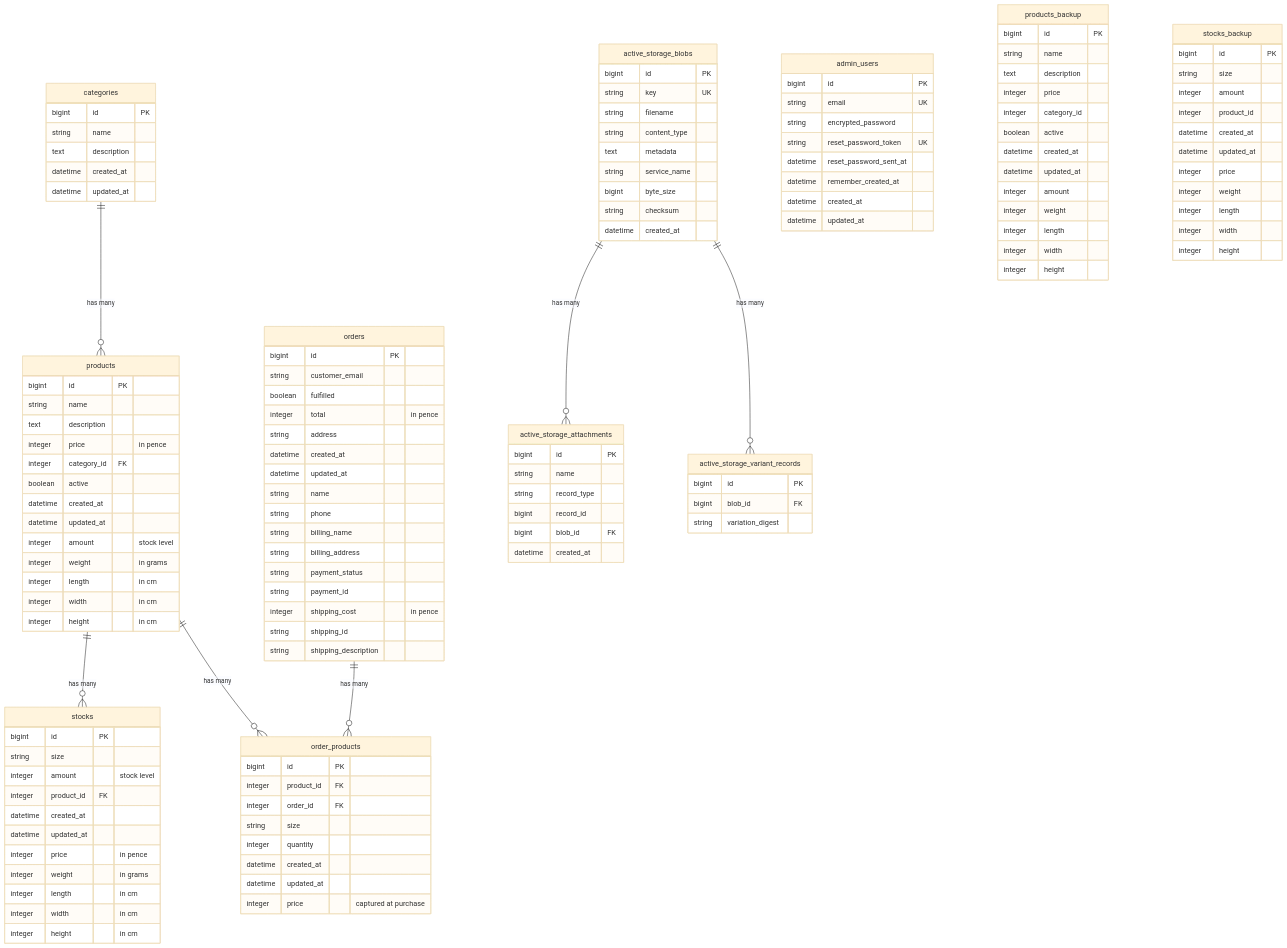
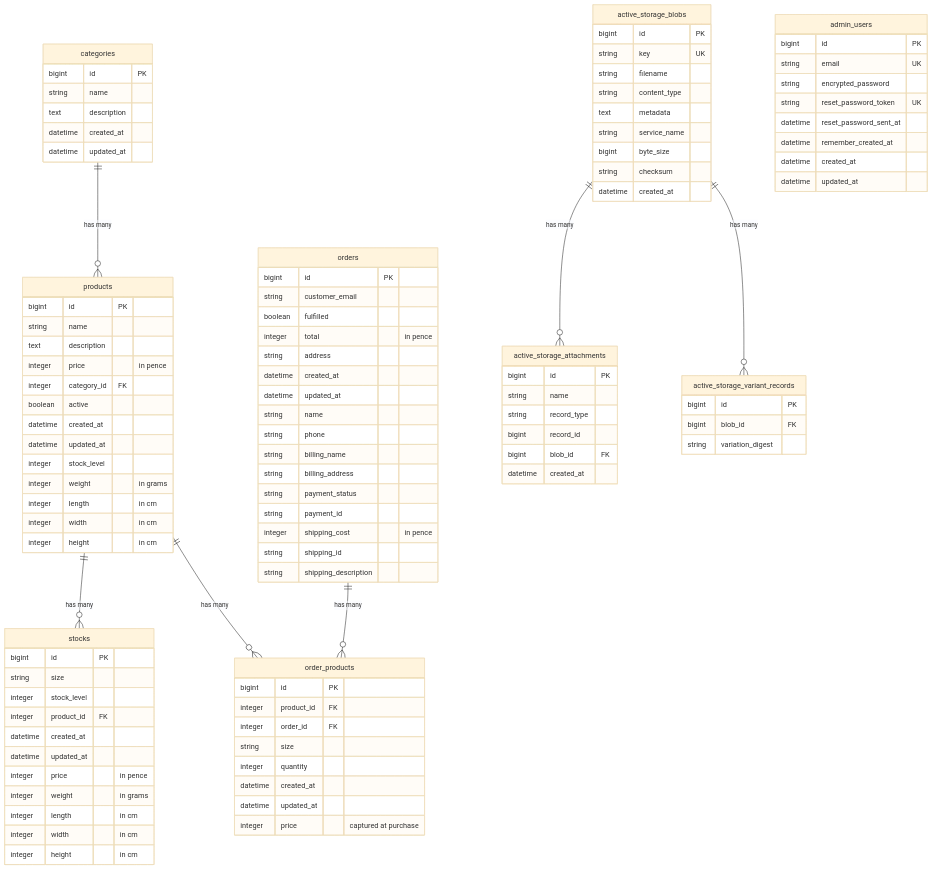
The diagram in documentation/schema-diagram.md (AnthonyWrather/e-commerce-rails7), drawn with Mermaid (base theme) before and after one commit. The commit also changed other lines of this file and 1 other file, not shown here.

Commit message:
Updated the db schema doc.

````diff
--- a/documentation/schema-diagram.md
+++ b/documentation/schema-diagram.md
@@ -26,7 +26,7 @@
         boolean active
         datetime created_at
         datetime updated_at
-        integer amount "stock level"
+        integer stock_level
         integer weight "in grams"
         integer length "in cm"
         integer width "in cm"
@@ -36,7 +36,7 @@
     stocks {
         bigint id PK
         string size
-        integer amount "stock level"
+        integer stock_level
         integer product_id FK
         datetime created_at
         datetime updated_at
@@ -114,34 +114,4 @@
         bigint blob_id FK
         string variation_digest
     }
-
-    products_backup {
-        bigint id PK
-        string name
-        text description
-        integer price
-        integer category_id
-        boolean active
-        datetime created_at
-        datetime updated_at
-        integer amount
-        integer weight
-        integer length
-        integer width
-        integer height
-    }
-
-    stocks_backup {
-        bigint id PK
-        string size
-        integer amount
-        integer product_id
-        datetime created_at
-        datetime updated_at
-        integer price
-        integer weight
-        integer length
-        integer width
-        integer height
-    }
 ```
````
